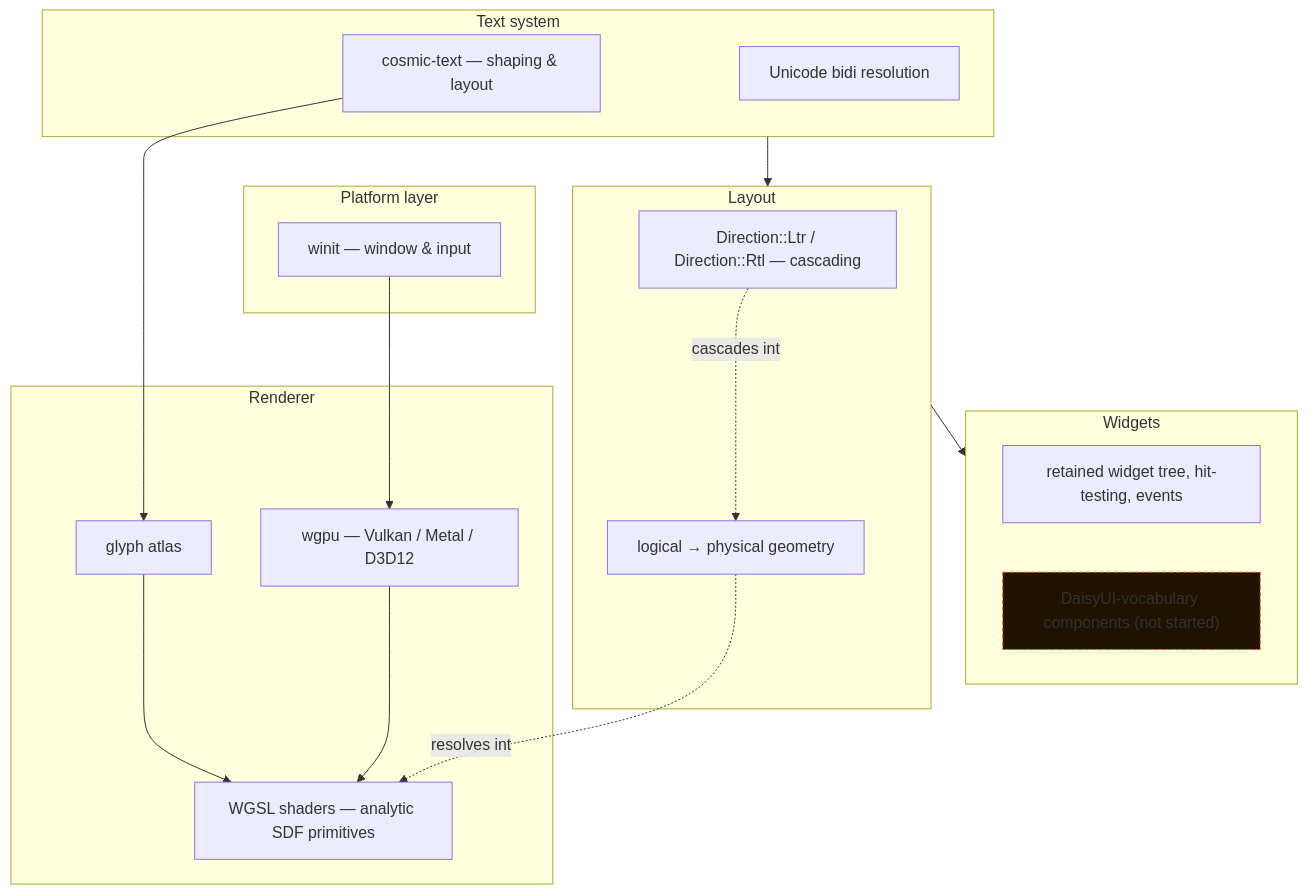
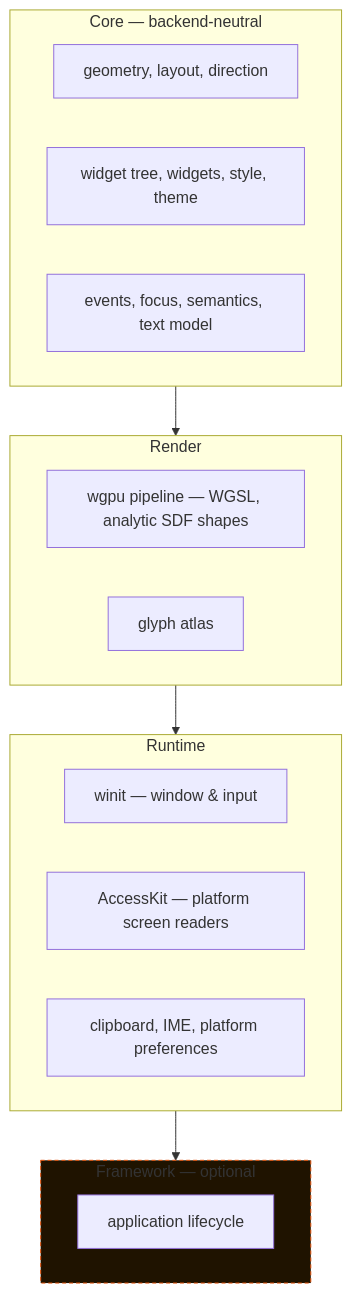
One commit to RezaRasoulzadeh/mio-gui changed the diagram in README.md. Above: the diagram before and after it, drawn with Mermaid. The commit also changed other lines of this file and 40 other files, not shown here.

````diff
--- a/README.md
+++ b/README.md
@@ -35,38 +37,27 @@
 ```mermaid
 flowchart TB
-    subgraph platform["Platform layer"]
-        winit["winit — window & input"]
+    subgraph core["Core — backend-neutral"]
+        geometry["geometry, layout, direction"]
+        widgets["widget tree, widgets, style, theme"]
+        state["events, focus, semantics, text model"]
     end
 
-    subgraph render["Renderer"]
-        wgpu["wgpu — Vulkan / Metal / D3D12"]
-        wgsl["WGSL shaders — analytic SDF primitives"]
+    subgraph render["Render"]
+        wgpu["wgpu pipeline — WGSL, analytic SDF shapes"]
         atlas["glyph atlas"]
     end
 
-    subgraph text["Text system"]
-        cosmic["cosmic-text — shaping & layout"]
-        bidi["Unicode bidi resolution"]
+    subgraph runtime["Runtime"]
+        winit["winit — window & input"]
+        access["AccessKit — platform screen readers"]
+        io["clipboard, IME, platform preferences"]
     end
 
-    subgraph layout["Layout"]
-        direction["Direction::Ltr / Direction::Rtl — cascading"]
-        geometry["logical → physical geometry"]
+    subgraph framework["Framework — optional"]
+        app["application lifecycle"]
     end
 
-    subgraph widgets["Widgets"]
-        tree["retained widget tree, hit-testing, events"]
-        daisy["DaisyUI-vocabulary components (not started)"]
-    end
+    core --> render --> runtime --> framework
 
-    winit --> wgpu
-    wgpu --> wgsl
-    cosmic --> atlas
-    atlas --> wgsl
-    text --> layout
-    layout --> widgets
-    direction -.cascades into.-> geometry
-    geometry -.resolves into.-> wgsl
-
-    style daisy fill:#1f1300,stroke:#e9540b,stroke-dasharray: 4 3
+    style framework fill:#1f1300,stroke:#e9540b,stroke-dasharray: 4 3
 ```
````
